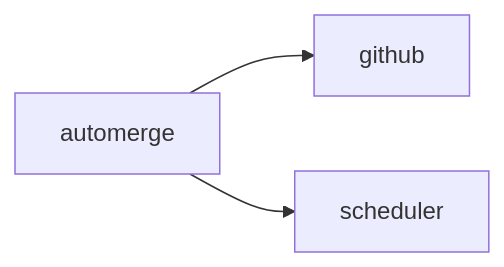
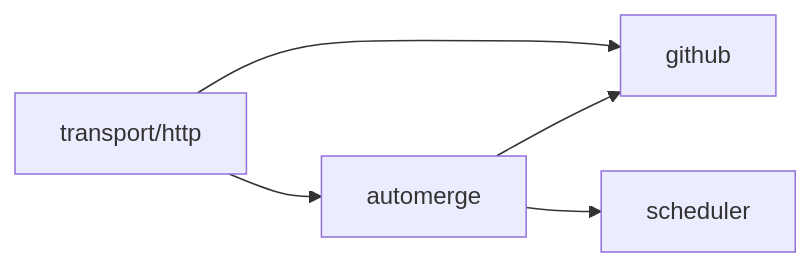
The diagram in README.md (alexfalkowski/abgleich), drawn with Mermaid before and after one commit. The commit also changed other lines of this file and 52 other files, not shown here.

````diff
--- a/README.md
+++ b/README.md
@@ -315,5 +402,7 @@
 ```mermaid
 flowchart LR
+    transport[transport/http] --> automerge
+    transport --> github
     automerge --> github
     automerge --> scheduler
 ```
````
